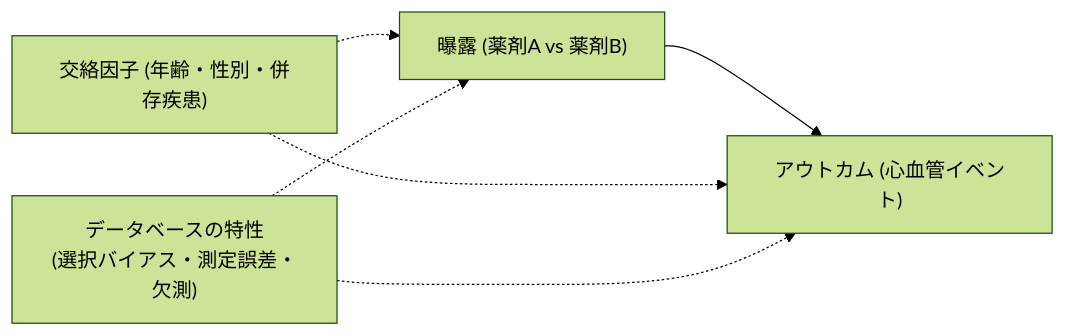
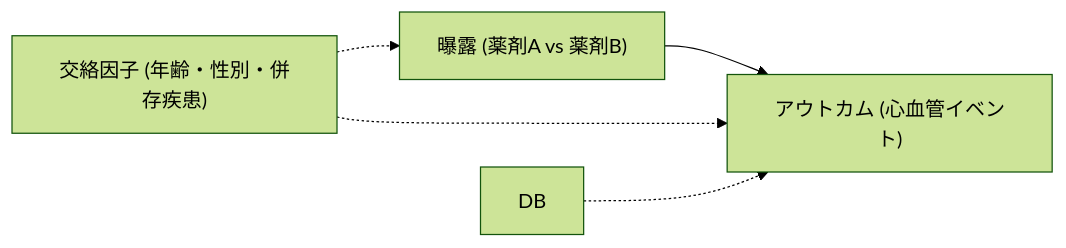
One commit to SRWS-PSG/writing_with_ai changed the second of 2 diagrams in templates/observational study/database_study_protprotocol_template.md. Above: the diagram before and after it, drawn with Mermaid (forest theme).

Commit message:
Remove database characteristics node from flowchart in protocol template

````diff
--- a/templates/observational study/database_study_protprotocol_template.md
+++ b/templates/observational study/database_study_protprotocol_template.md
@@ -222,8 +222,7 @@
 ```mermaid
 flowchart LR
   Exposure["曝露 (薬剤A vs 薬剤B)"] --> Outcome["アウトカム (心血管イベント)"]
   Confounder["交絡因子 (年齢・性別・併存疾患)"] -.-> Exposure
   Confounder -.-> Outcome
-  DB["データベースの特性\n(選択バイアス・測定誤差・欠測)"] -.-> Exposure
   DB -.-> Outcome
 ```
````
